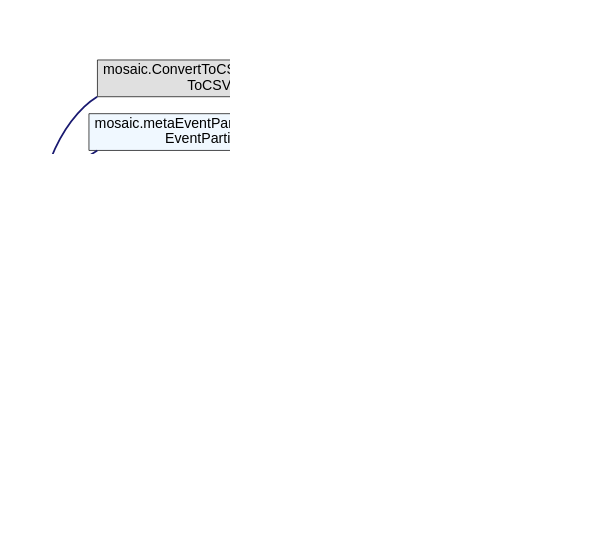
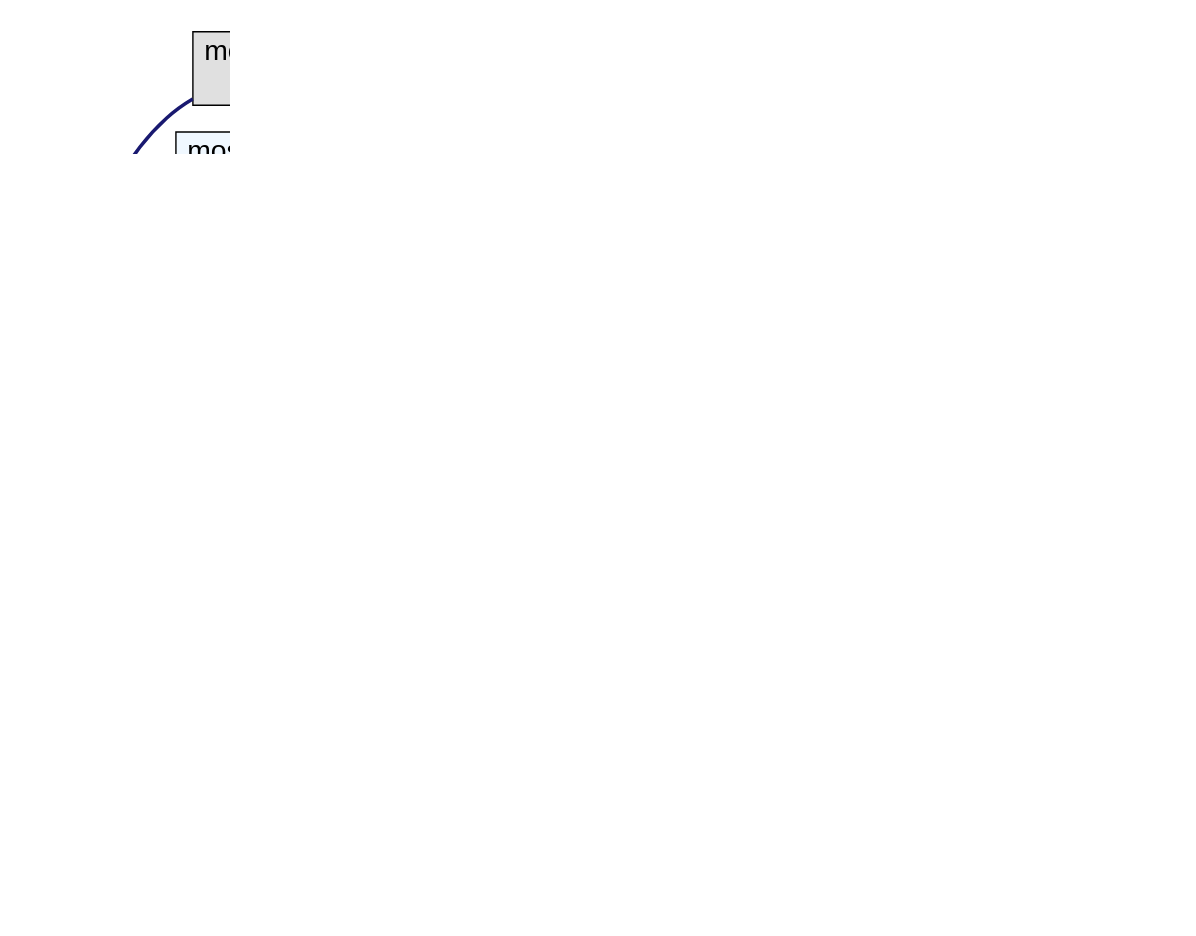
One commit to usnistgov/mosaic changed the diagram in source/doc/inherit_graph_html.dot. Above: the diagram before and after it, drawn with Graphviz. The commit also changed 342 other files, not shown here.

```diff
--- a/source/doc/inherit_graph_html.dot
+++ b/source/doc/inherit_graph_html.dot
@@ -1,48 +1,48 @@
 digraph "Graphical Class Hierarchy"
 {
-  graph [ dpi = 300 ];
-  size="2,1.75";
+  graph [ dpi = 600 ];
+  size="1,0.75";
   ratio="fill";
   edge [fontname="Helvetica",fontsize="20",labelfontname="Helvetica",labelfontsize="20"];
   node [fontname="Helvetica",fontsize="20",shape=record];
   rankdir="LR";
   Node1 [label="object",height=0.2,width=0.4,color="grey75", fillcolor="white", style="filled"];
   Node1 -> Node2 [dir="back", width=1.0, penwidth=2.5,color="midnightblue",fontsize="20",style="solid",fontname="Helvetica"];
   Node2 [label="mosaic.ConvertToCSV.Convert\lToCSV",height=0.2,width=0.4,color="black", fillcolor="grey88", style="filled"];
   Node1 -> Node3 [dir="back", width=1.0, penwidth=2.5,color="midnightblue",fontsize="20",style="solid",fontname="Helvetica"];
   Node3 [label="mosaic.metaEventPartition.meta\lEventPartition",height=0.2,width=0.4,color="black", fillcolor="aliceblue", style="filled"];
   Node3 -> Node4 [dir="back", width=1.0, penwidth=2.5,color="midnightblue",fontsize="20",style="solid",fontname="Helvetica"];
   Node4 [label="mosaic.eventSegment.event\lSegment",height=0.2,width=0.4,color="black", fillcolor="white", style="filled"];
   Node1 -> Node5 [dir="back", width=1.0, penwidth=2.5,color="midnightblue",fontsize="20",style="solid",fontname="Helvetica"];
   Node5 [label="mosaic.metaEventProcessor.meta\lEventProcessor",height=0.2,width=0.4,color="black", fillcolor="aliceblue", style="filled"];
   Node5 -> Node6 [dir="back", width=1.0, penwidth=2.5,color="midnightblue",fontsize="20",style="solid",fontname="Helvetica"];
-  Node6 [label="mosaic.multiStateAnalysis.multi\lStateAnalysis",height=0.2,width=0.4,color="black", fillcolor="white", style="filled"];
+  Node6 [label="mosaic.adept.adept",height=0.2,width=0.4,color="black", fillcolor="white", style="filled"];
   Node5 -> Node7 [dir="back", width=1.0, penwidth=2.5,color="midnightblue",fontsize="20",style="solid",fontname="Helvetica"];
-  Node7 [label="mosaic.cusumLevelAnalysis.cusum\lLevelAnalysis",height=0.2,width=0.4,color="black", fillcolor="white", style="filled"];
+  Node7 [label="mosaic.cusumPlus.cusumPlus",height=0.2,width=0.4,color="black", fillcolor="white", style="filled"];
   Node5 -> Node8 [dir="back", width=1.0, penwidth=2.5,color="midnightblue",fontsize="20",style="solid",fontname="Helvetica"];
-  Node8 [label="mosaic.stepResponseAnalysis.step\lResponseAnalysis",height=0.2,width=0.4,color="black", fillcolor="white", style="filled"];
+  Node8 [label="mosaic.adept2State.adept2State",height=0.2,width=0.4,color="black", fillcolor="white", style="filled"];
   Node1 -> Node9 [dir="back", width=1.0, penwidth=2.5,color="midnightblue",fontsize="20",style="solid",fontname="Helvetica"];
   Node9 [label="mosaic.metaIOFilter.meta\lIOFilter",height=0.2,width=0.4,color="black", fillcolor="aliceblue", style="filled"];
   Node9 -> Node10 [dir="back", width=1.0, penwidth=2.5,color="midnightblue",fontsize="20",style="solid",fontname="Helvetica"];
   Node10 [label="mosaic.besselLowpassFilter.bessel\lLowpassFilter",height=0.2,width=0.4,color="black", fillcolor="white", style="filled"];
   Node9 -> Node11 [dir="back", width=1.0, penwidth=2.5,color="midnightblue",fontsize="20",style="solid",fontname="Helvetica"];
   Node11 [label="mosaic.convolutionFilter.convolution\lFilter",height=0.2,width=0.4,color="black", fillcolor="white", style="filled"];
   Node9 -> Node12 [dir="back", width=1.0, penwidth=2.5,color="midnightblue",fontsize="20",style="solid",fontname="Helvetica"];
   Node12 [label="mosaic.waveletDenoiseFilter.wavelet\lDenoiseFilter",height=0.2,width=0.4,color="black", fillcolor="white", style="filled"];
   Node1 -> Node13 [dir="back", width=1.0, penwidth=2.5,color="midnightblue",fontsize="20",style="solid",fontname="Helvetica"];
   Node13 [label="mosaic.metaMDIO.metaMDIO",height=0.2,width=0.4,color="black", fillcolor="aliceblue", style="filled"];
   Node13 -> Node14 [dir="back", width=1.0, penwidth=2.5,color="midnightblue",fontsize="20",style="solid",fontname="Helvetica"];
   Node14 [label="mosaic.sqlite3MDIO.sqlite3MDIO",height=0.2,width=0.4,color="black", fillcolor="white", style="filled"];
   Node1 -> Node15 [dir="back", width=1.0, penwidth=2.5,color="midnightblue",fontsize="20",style="solid",fontname="Helvetica"];
   Node15 [label="mosaic.metaTrajIO.metaTrajIO",height=0.2,width=0.4,color="black", fillcolor="aliceblue", style="filled"];
   Node15 -> Node16 [dir="back", width=1.0, penwidth=2.5,color="midnightblue",fontsize="20",style="solid",fontname="Helvetica"];
   Node16 [label="mosaic.abfTrajIO.abfTrajIO",height=0.2,width=0.4,color="black", fillcolor="white", style="filled"];
   Node15 -> Node17 [dir="back", width=1.0, penwidth=2.5,color="midnightblue",fontsize="20",style="solid",fontname="Helvetica"];
   Node17 [label="mosaic.binTrajIO.binTrajIO",height=0.2,width=0.4,color="black", fillcolor="white", style="filled"];
   Node15 -> Node18 [dir="back", width=1.0, penwidth=2.5,color="midnightblue",fontsize="20",style="solid",fontname="Helvetica"];
   Node18 [label="mosaic.qdfTrajIO.qdfTrajIO",height=0.2,width=0.4,color="black", fillcolor="white", style="filled"];
   Node15 -> Node19 [dir="back", width=1.0, penwidth=2.5,color="midnightblue",fontsize="20",style="solid",fontname="Helvetica"];
   Node19 [label="mosaic.tsvTrajIO.tsvTrajIO",height=0.2,width=0.4,color="black", fillcolor="white", style="filled"];
   Node1 -> Node20 [dir="back", width=1.0, penwidth=2.5,color="midnightblue",fontsize="20",style="solid",fontname="Helvetica"];
   Node20 [label="mosaic.SingleChannelAnalysis.\lSingleChannelAnalysis",height=0.2,width=0.4,color="black", fillcolor="grey88", style="filled"];
 }
```
